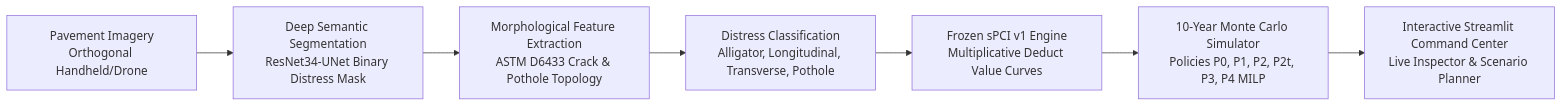
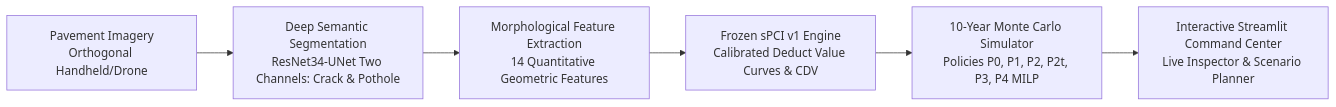
Before and after one commit to skilloutofbounds/road-pci-intelligence: the diagram in README.md, drawn with Mermaid. The commit also changed other lines of this file and 12 other files, not shown here.

````diff
--- a/README.md
+++ b/README.md
@@ -26,9 +26,8 @@
 ```mermaid
 flowchart LR
-    A[Pavement Imagery\nOrthogonal Handheld/Drone] --> B[Deep Semantic Segmentation\nResNet34-UNet Binary Distress Mask]
-    B --> C[Morphological Feature Extraction\nASTM D6433 Crack & Pothole Topology]
-    C --> D[Distress Classification\nAlligator, Longitudinal, Transverse, Pothole]
-    D --> E[Frozen sPCI v1 Engine\nMultiplicative Deduct Value Curves]
-    E --> F[10-Year Monte Carlo Simulator\nPolicies P0, P1, P2, P2t, P3, P4 MILP]
-    F --> G[Interactive Streamlit Command Center\nLive Inspector & Scenario Planner]
+    A[Pavement Imagery\nOrthogonal Handheld/Drone] --> B[Deep Semantic Segmentation\nResNet34-UNet Two Channels: Crack & Pothole]
+    B --> C[Morphological Feature Extraction\n14 Quantitative Geometric Features]
+    C --> D[Frozen sPCI v1 Engine\nCalibrated Deduct Value Curves & CDV]
+    D --> E[10-Year Monte Carlo Simulator\nPolicies P0, P1, P2, P2t, P3, P4 MILP]
+    E --> F[Interactive Streamlit Command Center\nLive Inspector & Scenario Planner]
 ```
````
